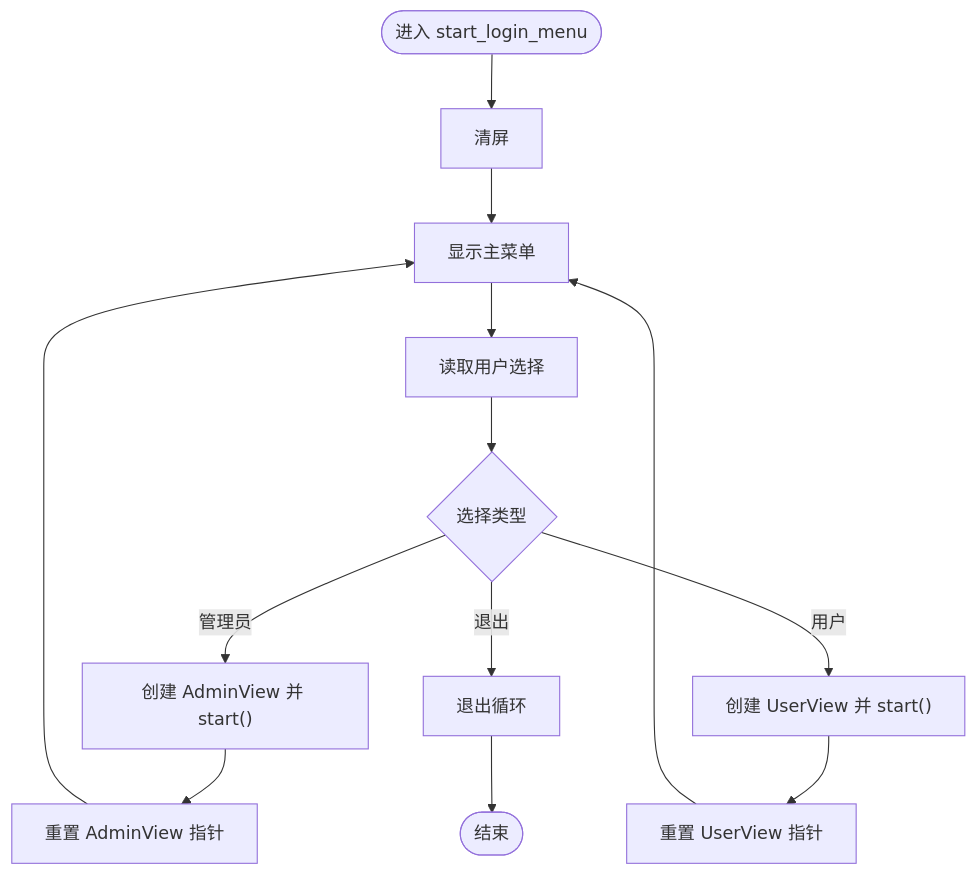
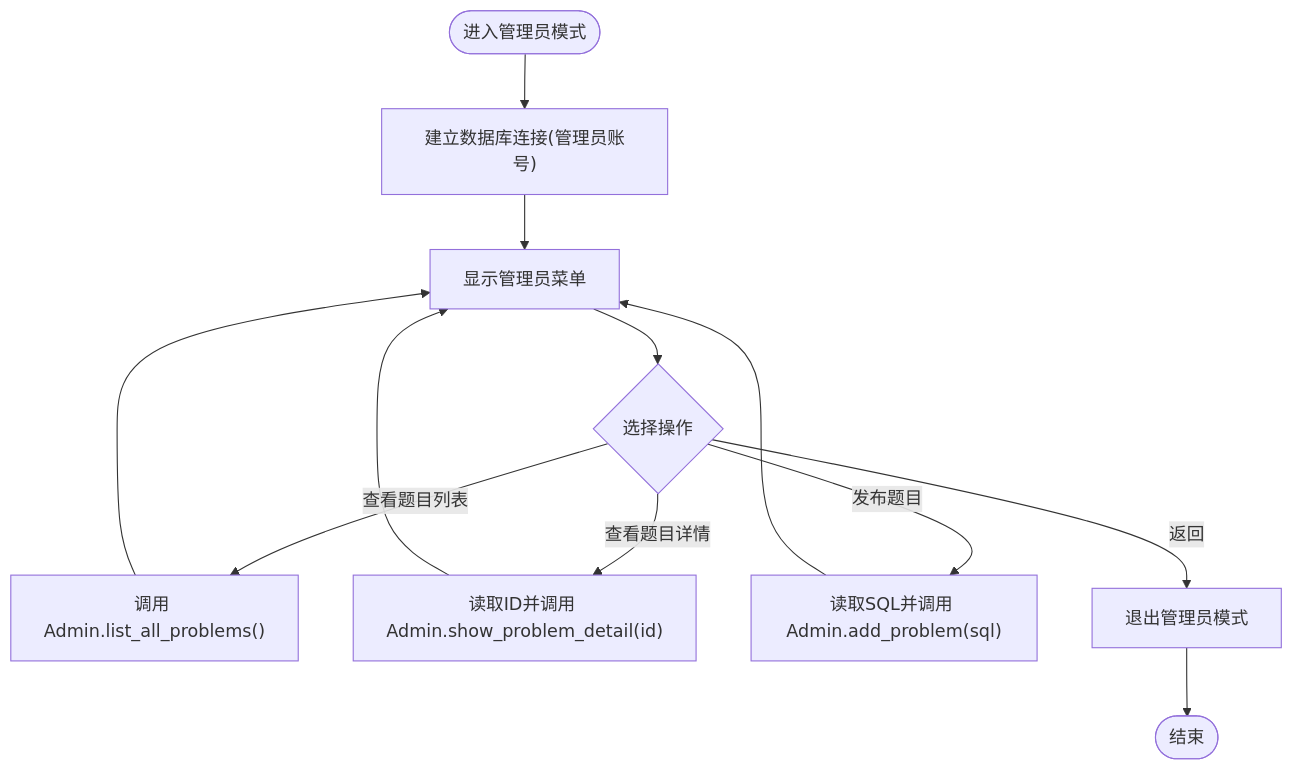
One commit to jinpeng900/OJ-Test changed the fourth of 9 diagrams in .qoder/repowiki/zh/content/系统架构设计/整体架构概览.md. Above: the diagram before and after it, drawn with Mermaid. The commit also changed other lines of this file and 65 other files, not shown here.

````diff
--- a/.qoder/repowiki/zh/content/系统架构设计/整体架构概览.md
+++ b/.qoder/repowiki/zh/content/系统架构设计/整体架构概览.md
@@ -186,15 +214,14 @@
 ```mermaid
 flowchart TD
-Start(["进入 start_login_menu"]) --> Clear["清屏"]
-Clear --> ShowMenu["显示主菜单"]
-ShowMenu --> ReadChoice["读取用户选择"]
-ReadChoice --> ChoiceType{"选择类型"}
-ChoiceType --> |管理员| CreateAdmin["创建 AdminView 并 start()"]
-ChoiceType --> |用户| CreateUser["创建 UserView 并 start()"]
-ChoiceType --> |退出| Exit["退出循环"]
-CreateAdmin --> ResetAdmin["重置 AdminView 指针"]
-CreateUser --> ResetUser["重置 UserView 指针"]
-ResetAdmin --> ShowMenu
-ResetUser --> ShowMenu
-Exit --> End(["结束"])
+Start(["进入管理员模式"]) --> Conn["建立数据库连接(管理员账号)"]
+Conn --> Menu["显示管理员菜单"]
+Menu --> Choice{"选择操作"}
+Choice --> |查看题目列表| List["调用 Admin.list_all_problems()"]
+Choice --> |查看题目详情| Detail["读取ID并调用 Admin.show_problem_detail(id)"]
+Choice --> |发布题目| Add["读取SQL并调用 Admin.add_problem(sql)"]
+Choice --> |返回| Back["退出管理员模式"]
+List --> Menu
+Detail --> Menu
+Add --> Menu
+Back --> End(["结束"])
 ```
````
